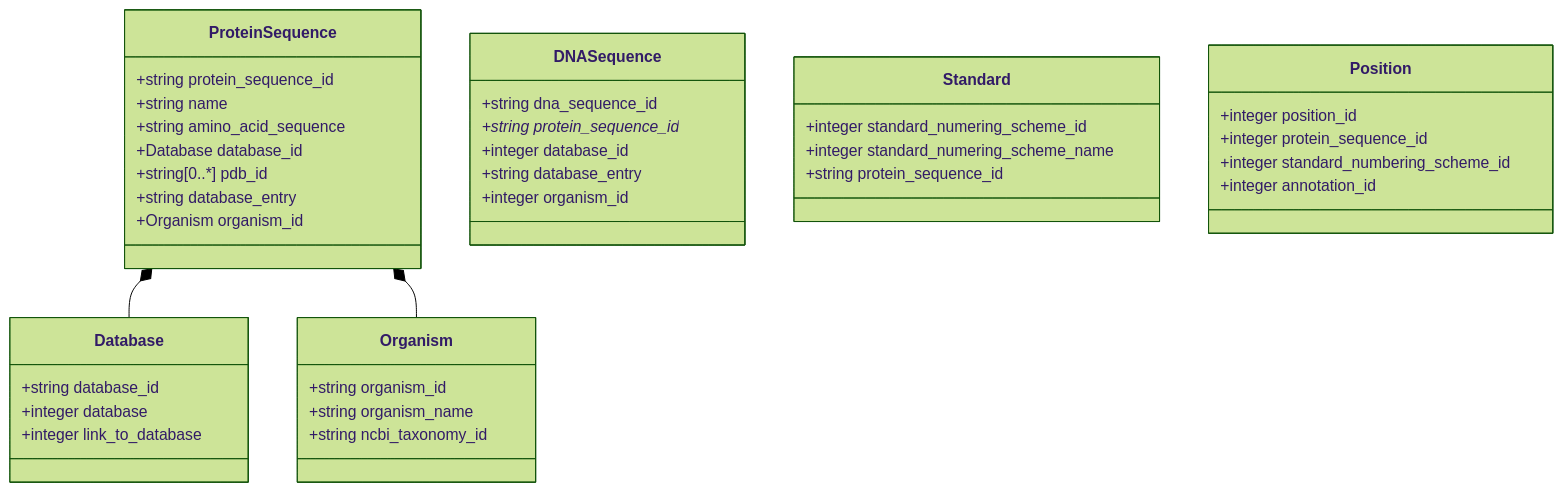
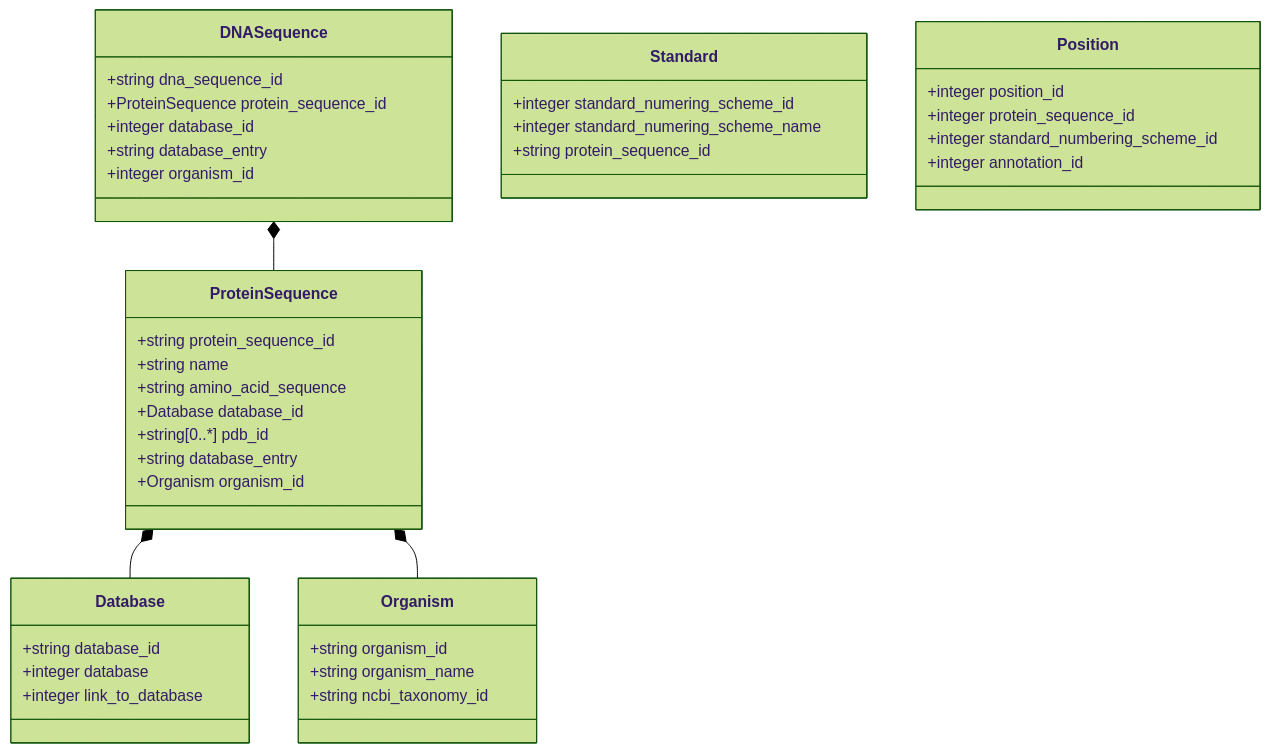
One commit to maxim945/PyEED-Fullprototype changed the diagram in Database/schemes/-.md. Above: the diagram before and after it, drawn with Mermaid (forest theme). The commit also changed 7 other files, not shown here.

````diff
--- a/Database/schemes/-.md
+++ b/Database/schemes/-.md
@@ -1,49 +1,50 @@
 ```mermaid
 classDiagram
     ProteinSequence *-- Database
     ProteinSequence *-- Organism
+    DNASequence *-- ProteinSequence
     
     class ProteinSequence {
         +string protein_sequence_id
         +string name
         +string amino_acid_sequence
         +Database database_id
         +string[0..*] pdb_id
         +string database_entry
         +Organism organism_id
     }
     
     class DNASequence {
         +string dna_sequence_id
-        +string protein_sequence_id*
+        +ProteinSequence protein_sequence_id
         +integer database_id
         +string database_entry
         +integer organism_id
     }
     
     class Organism {
         +string organism_id
         +string organism_name
         +string ncbi_taxonomy_id
     }
     
     class Database {
         +string database_id
         +integer database
         +integer link_to_database
     }
     
     class Standard {
         +integer standard_numering_scheme_id
         +integer standard_numering_scheme_name
         +string protein_sequence_id
     }
     
     class Position {
         +integer position_id
         +integer protein_sequence_id
         +integer standard_numbering_scheme_id
         +integer annotation_id
     }
     
 ```
````
